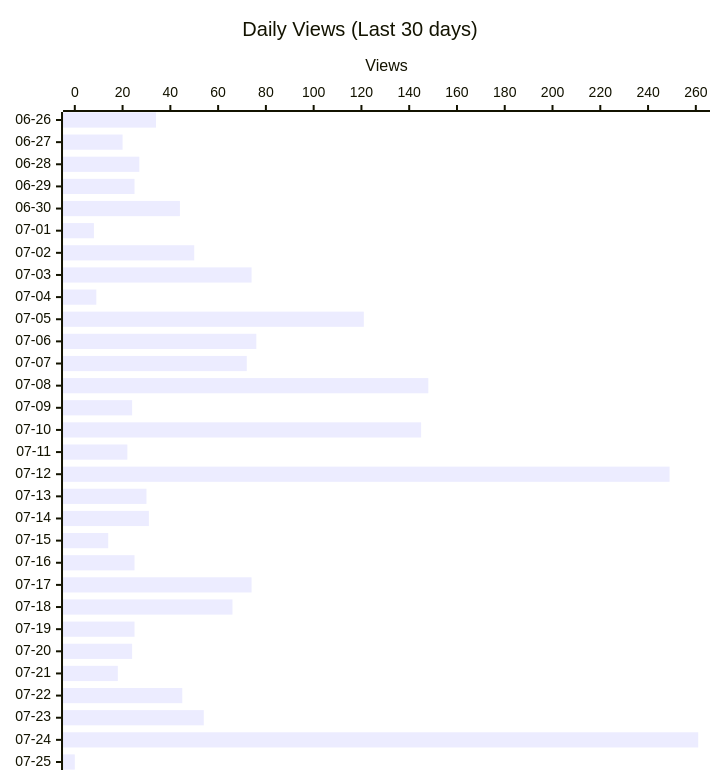
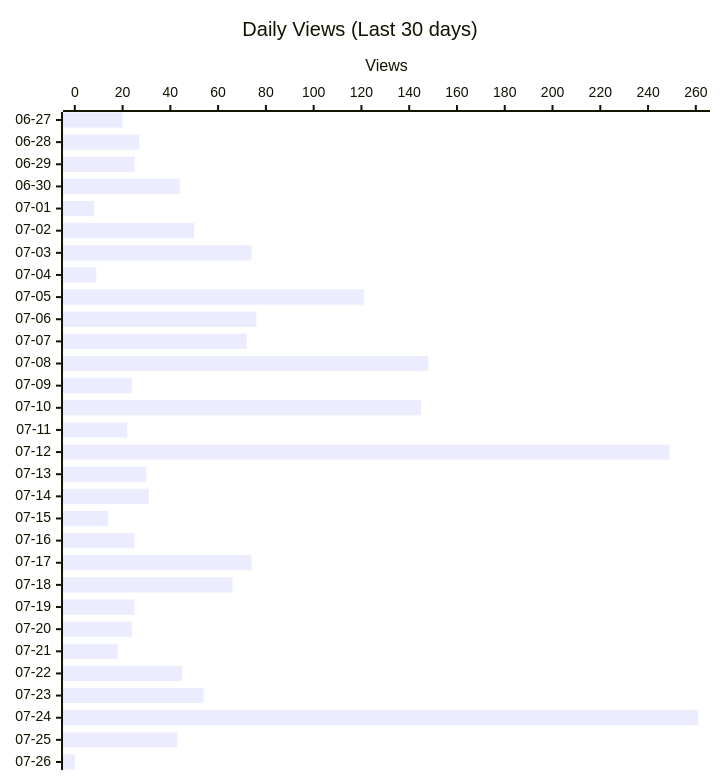
One commit to shigechika/github-insights changed the second of 4 diagrams in README.md. Above: the diagram before and after it, drawn with Mermaid. The commit also changed other lines of this file and 2 other files, not shown here.

````diff
--- a/README.md
+++ b/README.md
@@ -28,12 +28,12 @@
 ```mermaid
 ---
 config:
   xyChart:
     height: 760
 ---
 xychart-beta horizontal
     title "Daily Views (Last 30 days)"
-    x-axis ["06-26", "06-27", "06-28", "06-29", "06-30", "07-01", "07-02", "07-03", "07-04", "07-05", "07-06", "07-07", "07-08", "07-09", "07-10", "07-11", "07-12", "07-13", "07-14", "07-15", "07-16", "07-17", "07-18", "07-19", "07-20", "07-21", "07-22", "07-23", "07-24", "07-25"]
+    x-axis ["06-27", "06-28", "06-29", "06-30", "07-01", "07-02", "07-03", "07-04", "07-05", "07-06", "07-07", "07-08", "07-09", "07-10", "07-11", "07-12", "07-13", "07-14", "07-15", "07-16", "07-17", "07-18", "07-19", "07-20", "07-21", "07-22", "07-23", "07-24", "07-25", "07-26"]
     y-axis "Views"
-    bar [34, 20, 27, 25, 44, 8, 50, 74, 9, 121, 76, 72, 148, 24, 145, 22, 249, 30, 31, 14, 25, 74, 66, 25, 24, 18, 45, 54, 261, 0]
+    bar [20, 27, 25, 44, 8, 50, 74, 9, 121, 76, 72, 148, 24, 145, 22, 249, 30, 31, 14, 25, 74, 66, 25, 24, 18, 45, 54, 261, 43, 0]
 ```
````
